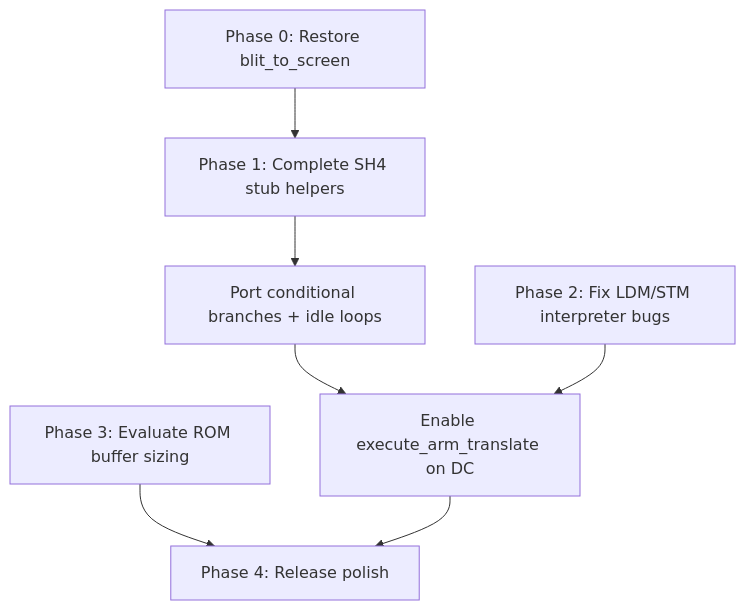
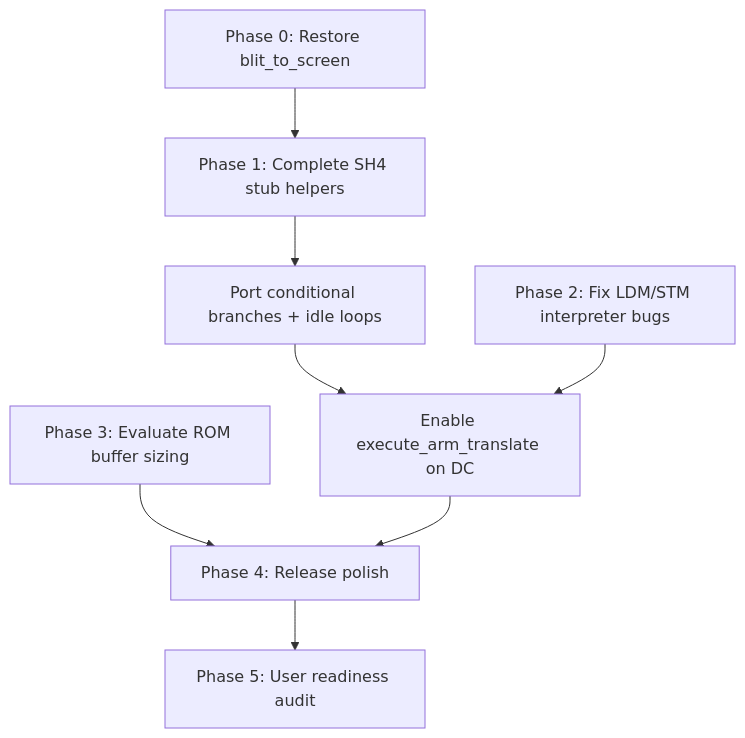
One commit to GPF/gPSPDC changed the diagram in HIGH_IMPACT_FIXES.md. Above: the diagram before and after it, drawn with Mermaid. The commit also changed other lines of this file and 6 other files, not shown here.

First line of the commit message:
Phase 5: User readiness audit for Dreamcast release (#12)

````diff
--- a/HIGH_IMPACT_FIXES.md
+++ b/HIGH_IMPACT_FIXES.md
@@ -101,9 +116,10 @@
 ```mermaid
 flowchart TD
     A[Phase 0: Restore blit_to_screen] --> B[Phase 1: Complete SH4 stub helpers]
     B --> C[Port conditional branches + idle loops]
     C --> D[Enable execute_arm_translate on DC]
     E[Phase 2: Fix LDM/STM interpreter bugs] --> D
     F[Phase 3: Evaluate ROM buffer sizing] --> G[Phase 4: Release polish]
     D --> G
+    G --> H[Phase 5: User readiness audit]
 ```
````
